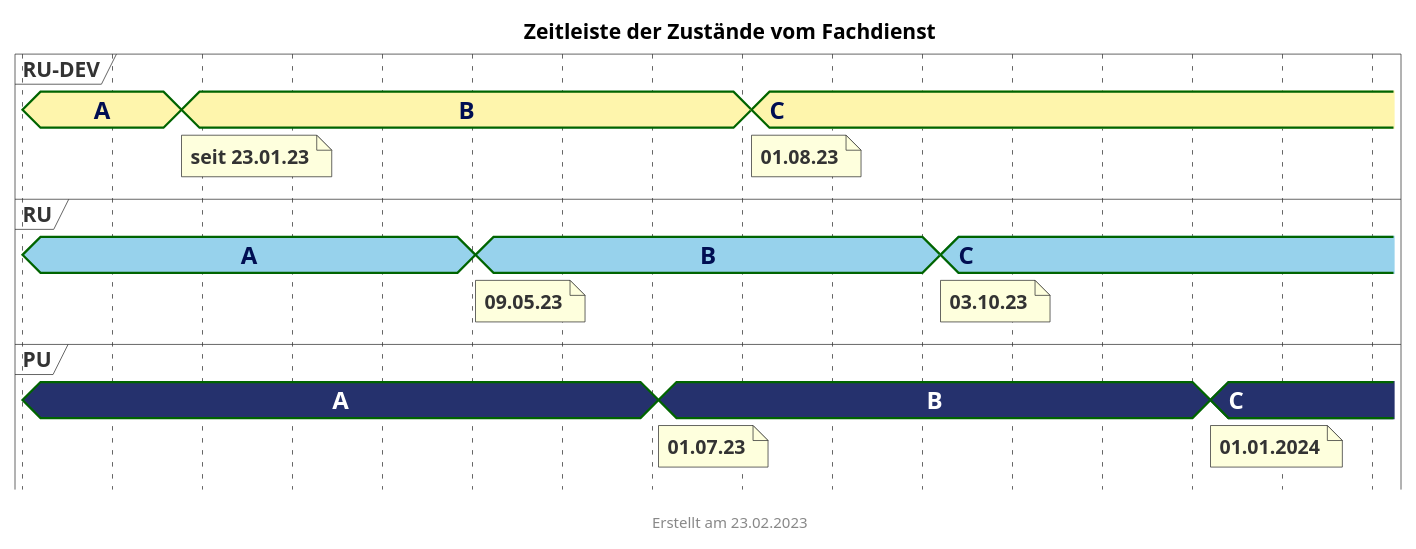
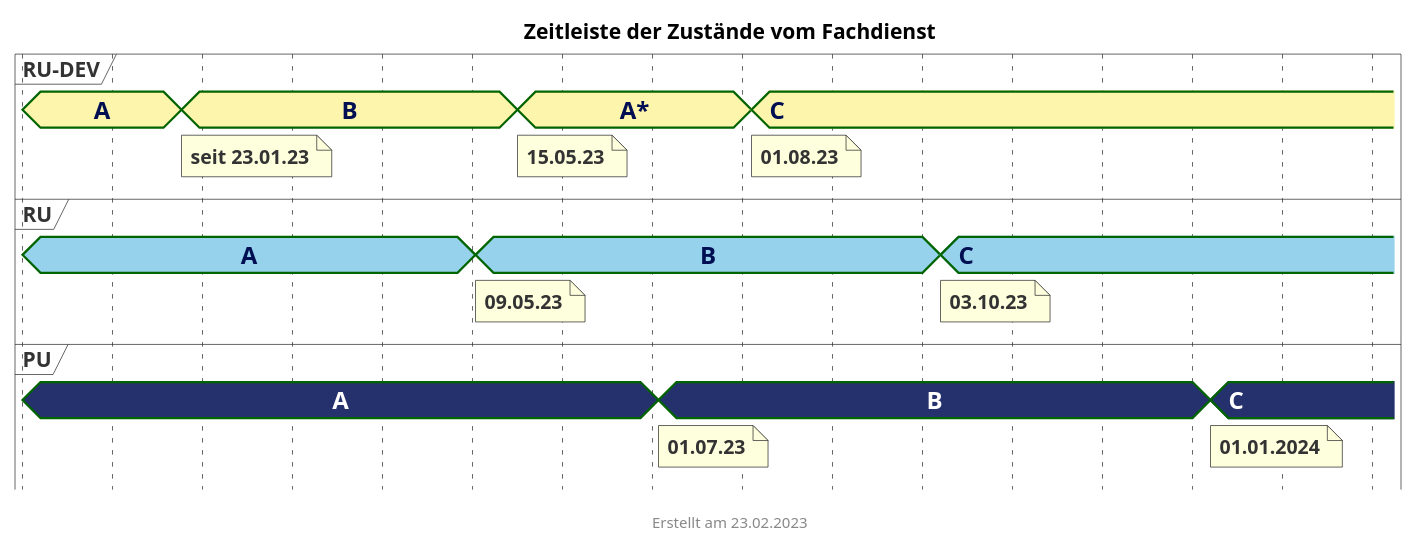
One commit to gematik/api-erp changed the diagram in puml/fd_zustaende_timeline.puml. Above: the diagram before and after it, drawn with PlantUML. The commit also changed 3 other files, not shown here.

```diff
--- a/puml/fd_zustaende_timeline.puml
+++ b/puml/fd_zustaende_timeline.puml
@@ -1,73 +1,77 @@
 @startuml fhir_version_timeline
 <style>
 root {
     Margin 0 0 0 30
 }
 
 timingDiagram {
   .rudevcolor {
     FontColor #000e52
     Fontsize 16
     FontStyle bold
     Backgroundcolor #FEF5AC
   }
   .rucolor {
     FontColor #000e52
     Fontsize 16
     FontStyle bold
     Backgroundcolor #97D2EC
   }
   .pucolor {
     FontColor #ffffff
     Fontsize 16
     FontStyle bold
     BackgroundColor #25316D
   }
 }
 </style>
 title Zeitleiste der Zustände vom Fachdienst
 footer Erstellt am 23.02.2023
 
 concise "RU-DEV" as RUDEV <<rudevcolor>>
 concise "RU" as RU <<rucolor>>
 concise "PU" as PU <<pucolor>>
 
 
 '30 days is scaled to 50 pixels
 scale 2592000 as 60 pixels
 hide time-axis
 'manual time-axis
 'use date format "dd.MM.yyyy"
 
 @2022/12/01
 RUDEV is "A"
 RU is "A"
 PU is "A"
 
 @2023/01/23
 RUDEV is "B"
 note bottom of RUDEV : seit 23.01.23
 
 @2023/05/01
 RU is "B"
 note bottom of RU : 09.05.23
 
+@2023/05/15
+RUDEV is "A*"
+note bottom of RUDEV : 15.05.23
+
 @2023/07/01
 PU is "B"
 note bottom of PU : 01.07.23
 
 @2023/08/01
 RUDEV is "C"
 note bottom of RUDEV : 01.08.23
 
 @2023/10/03
 RU is "C"
 note bottom of RU : 03.10.23
 
 
 @2024/01/01
 PU is "C"
 note bottom of PU : 01.01.2024
 
 @2024/02/01
 @enduml
```
